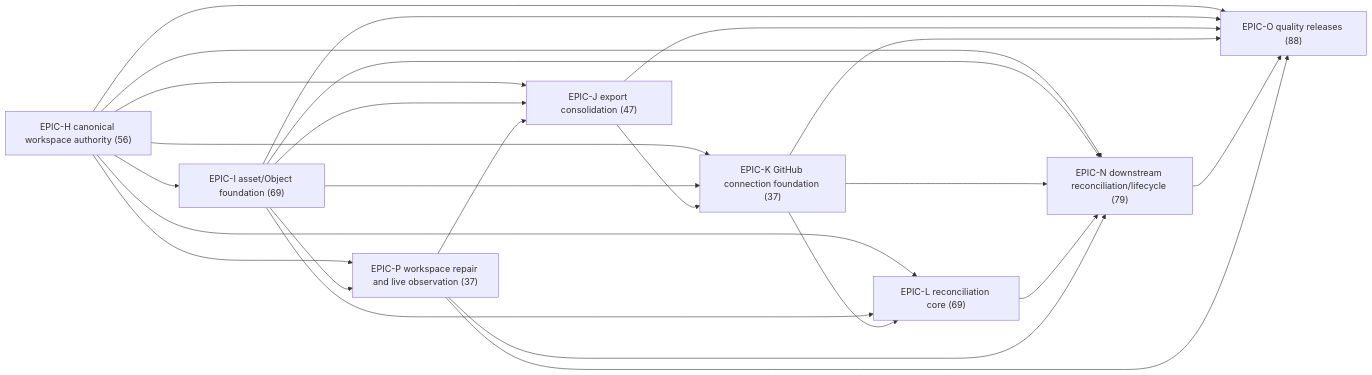
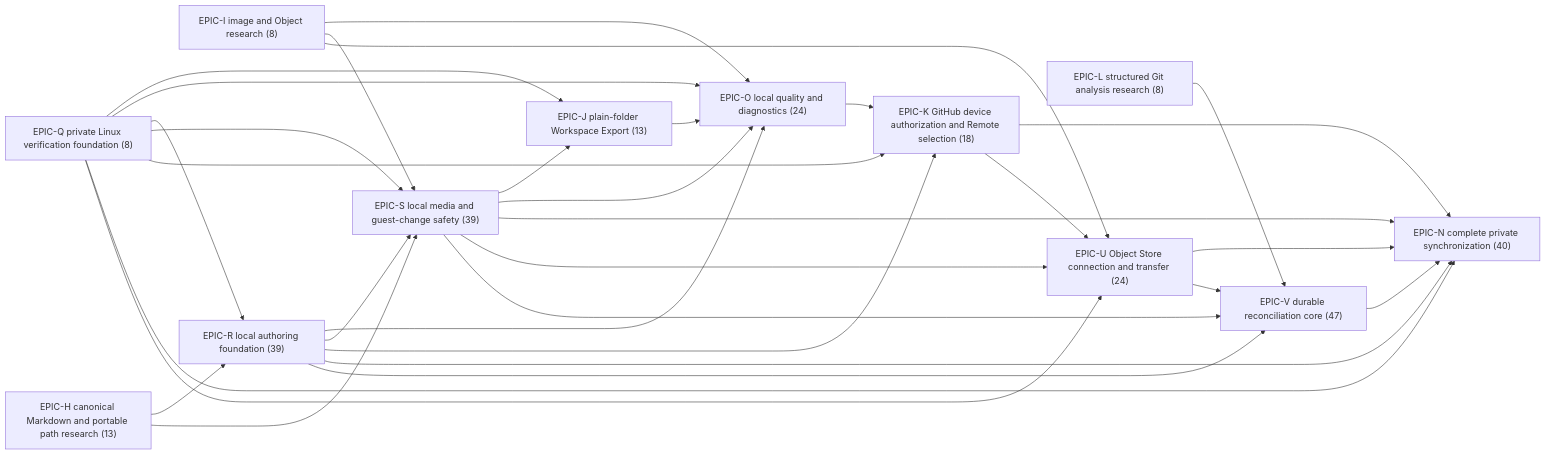
Before and after one commit to SkrOYC/burlmd: the diagram in .constitution/tasks/critical-path.md, drawn with Mermaid. The commit also changed other lines of this file and 85 other files, not shown here.

First line of the commit message:
docs: align constitution layers with private Linux-first roadmap

````diff
--- a/.constitution/tasks/critical-path.md
+++ b/.constitution/tasks/critical-path.md
@@ -32,34 +36,45 @@
 ```mermaid
 flowchart LR
-  H["EPIC-H canonical workspace authority (56)"]
-  I["EPIC-I asset/Object foundation (69)"]
-  J["EPIC-J export consolidation (47)"]
-  K["EPIC-K GitHub connection foundation (37)"]
-  L["EPIC-L reconciliation core (69)"]
-  N["EPIC-N downstream reconciliation/lifecycle (79)"]
-  O["EPIC-O quality releases (88)"]
-  P["EPIC-P workspace repair and live observation (37)"]
-  H --> I
-  H --> J
-  I --> J
-  P --> J
-  H --> K
-  I --> K
-  J --> K
-  H --> L
-  I --> L
-  K --> L
-  H --> N
-  I --> N
-  K --> N
-  L --> N
-  P --> N
-  H --> O
+  H["EPIC-H canonical Markdown and portable path research (13)"]
+  I["EPIC-I image and Object research (8)"]
+  J["EPIC-J plain-folder Workspace Export (13)"]
+  L["EPIC-L structured Git analysis research (8)"]
+  O["EPIC-O local quality and diagnostics (24)"]
+  Q["EPIC-Q private Linux verification foundation (8)"]
+  R["EPIC-R local authoring foundation (39)"]
+  S["EPIC-S local media and guest-change safety (39)"]
+  K["EPIC-K GitHub device authorization and Remote selection (18)"]
+  N["EPIC-N complete private synchronization (40)"]
+  U["EPIC-U Object Store connection and transfer (24)"]
+  V["EPIC-V durable reconciliation core (47)"]
+  Q --> J
+  S --> J
   I --> O
   J --> O
-  K --> O
-  N --> O
-  P --> O
-  H --> P
-  I --> P
+  Q --> O
+  R --> O
+  S --> O
+  H --> R
+  Q --> R
+  H --> S
+  I --> S
+  Q --> S
+  R --> S
+  O --> K
+  Q --> K
+  R --> K
+  K --> N
+  Q --> N
+  R --> N
+  S --> N
+  U --> N
+  V --> N
+  I --> U
+  K --> U
+  Q --> U
+  S --> U
+  L --> V
+  R --> V
+  S --> V
+  U --> V
 ```
````
